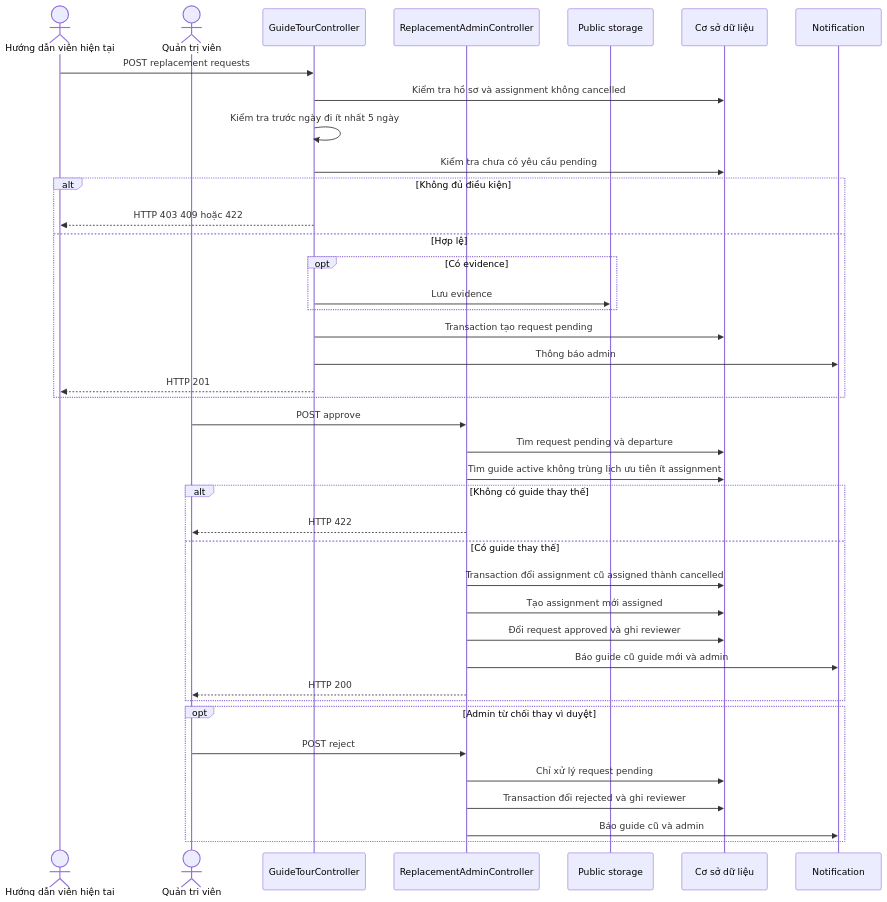
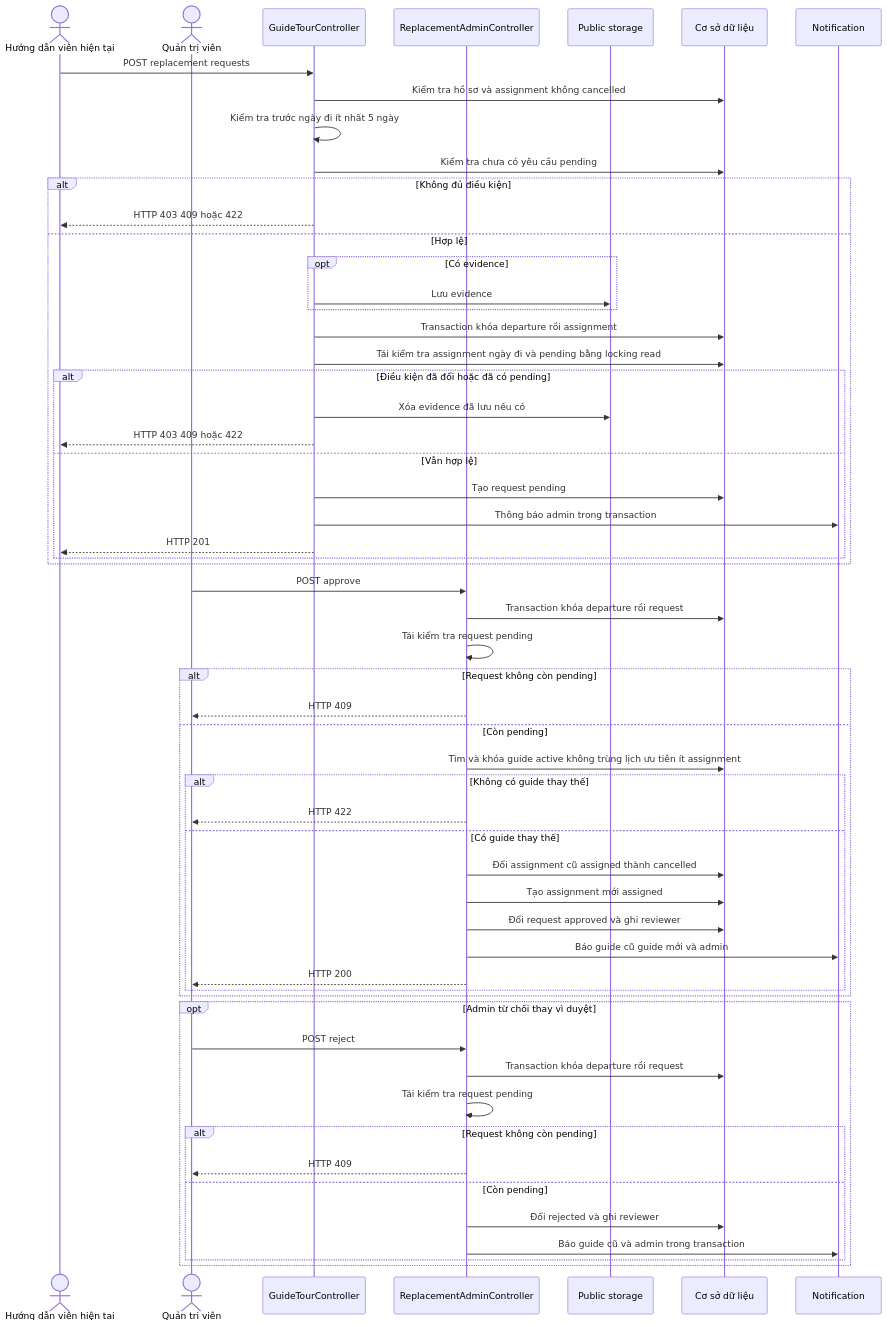
Before and after one commit to phamhoaithu2006/DATN_WD-01: diagram 22 of 39 in docs/reverse-engineering/06-process-and-state-diagrams.md, drawn with Mermaid. The commit also changed other lines of this file and 53 other files, not shown here.

````diff
--- a/docs/reverse-engineering/06-process-and-state-diagrams.md
+++ b/docs/reverse-engineering/06-process-and-state-diagrams.md
@@ -763,45 +900,62 @@
 ```mermaid
 sequenceDiagram
     actor Guide as Hướng dẫn viên hiện tại
     actor Admin as Quản trị viên
     participant GuideAPI as GuideTourController
     participant AdminAPI as ReplacementAdminController
     participant Storage as Public storage
     participant DB as Cơ sở dữ liệu
     participant Notify as Notification
 
     Guide->>GuideAPI: POST replacement requests
     GuideAPI->>DB: Kiểm tra hồ sơ và assignment không cancelled
     GuideAPI->>GuideAPI: Kiểm tra trước ngày đi ít nhất 5 ngày
     GuideAPI->>DB: Kiểm tra chưa có yêu cầu pending
     alt Không đủ điều kiện
         GuideAPI-->>Guide: HTTP 403 409 hoặc 422
     else Hợp lệ
         opt Có evidence
             GuideAPI->>Storage: Lưu evidence
         end
-        GuideAPI->>DB: Transaction tạo request pending
-        GuideAPI->>Notify: Thông báo admin
-        GuideAPI-->>Guide: HTTP 201
+        GuideAPI->>DB: Transaction khóa departure rồi assignment
+        GuideAPI->>DB: Tái kiểm tra assignment ngày đi và pending bằng locking read
+        alt Điều kiện đã đổi hoặc đã có pending
+            GuideAPI->>Storage: Xóa evidence đã lưu nếu có
+            GuideAPI-->>Guide: HTTP 403 409 hoặc 422
+        else Vẫn hợp lệ
+            GuideAPI->>DB: Tạo request pending
+            GuideAPI->>Notify: Thông báo admin trong transaction
+            GuideAPI-->>Guide: HTTP 201
+        end
     end
 
     Admin->>AdminAPI: POST approve
-    AdminAPI->>DB: Tìm request pending và departure
-    AdminAPI->>DB: Tìm guide active không trùng lịch ưu tiên ít assignment
-    alt Không có guide thay thế
+    AdminAPI->>DB: Transaction khóa departure rồi request
+    AdminAPI->>AdminAPI: Tái kiểm tra request pending
+    alt Request không còn pending
+        AdminAPI-->>Admin: HTTP 409
+    else Còn pending
+      AdminAPI->>DB: Tìm và khóa guide active không trùng lịch ưu tiên ít assignment
+      alt Không có guide thay thế
         AdminAPI-->>Admin: HTTP 422
-    else Có guide thay thế
-        AdminAPI->>DB: Transaction đổi assignment cũ assigned thành cancelled
+      else Có guide thay thế
+        AdminAPI->>DB: Đổi assignment cũ assigned thành cancelled
         AdminAPI->>DB: Tạo assignment mới assigned
         AdminAPI->>DB: Đổi request approved và ghi reviewer
         AdminAPI->>Notify: Báo guide cũ guide mới và admin
         AdminAPI-->>Admin: HTTP 200
+      end
     end
 
     opt Admin từ chối thay vì duyệt
         Admin->>AdminAPI: POST reject
-        AdminAPI->>DB: Chỉ xử lý request pending
-        AdminAPI->>DB: Transaction đổi rejected và ghi reviewer
-        AdminAPI->>Notify: Báo guide cũ và admin
+        AdminAPI->>DB: Transaction khóa departure rồi request
+        AdminAPI->>AdminAPI: Tái kiểm tra request pending
+        alt Request không còn pending
+            AdminAPI-->>Admin: HTTP 409
+        else Còn pending
+            AdminAPI->>DB: Đổi rejected và ghi reviewer
+            AdminAPI->>Notify: Báo guide cũ và admin trong transaction
+        end
     end
 ```
````
